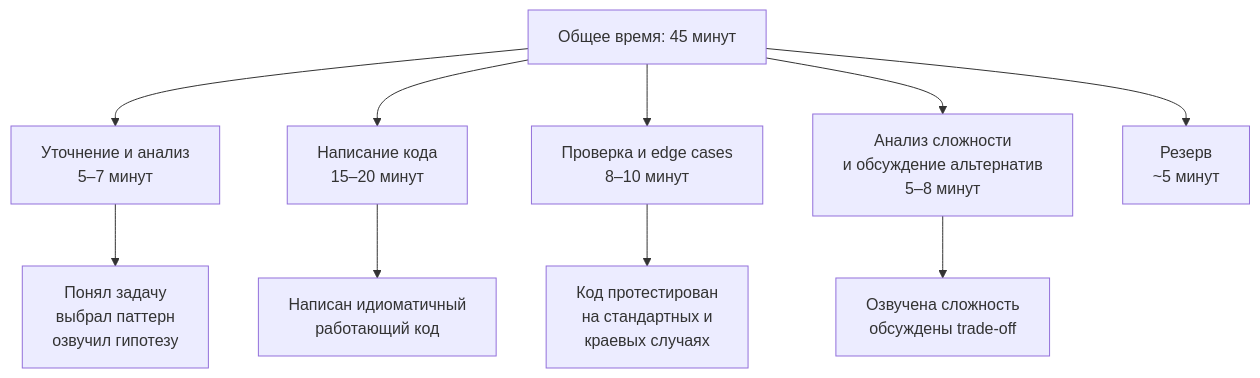
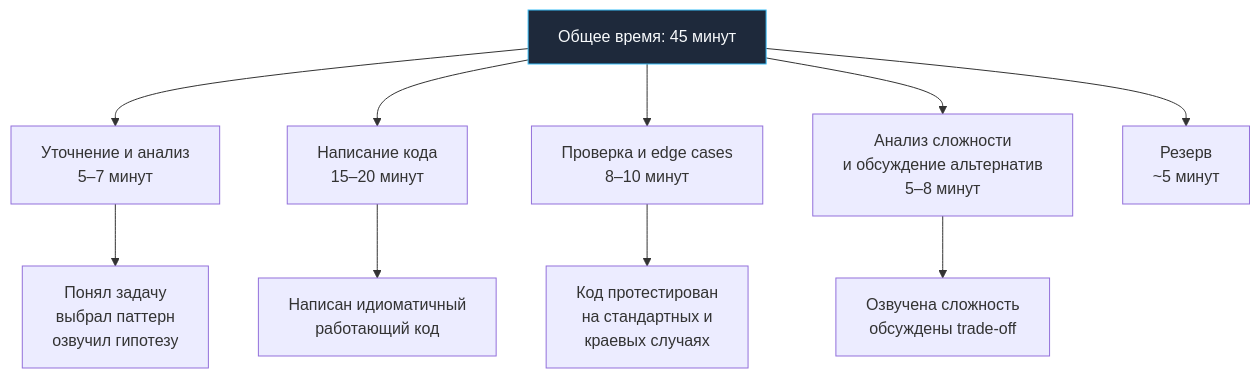
Before and after one commit to UnrealTemplier/go-textbook: the diagram in sources/21. Задачи с LeetCode и собеседований на Go/01. Теория/21. Тайминг решения задач.md, drawn with Mermaid. The commit also changed 1666 other files, not shown here.

First line of the commit message:
feat(mermaid): add semantic color classDef to 1369 colorless flowchart/graph diagrams

````diff
--- a/sources/21. Задачи с LeetCode и собеседований на Go/01. Теория/21. Тайминг решения задач.md
+++ b/sources/21. Задачи с LeetCode и собеседований на Go/01. Теория/21. Тайминг решения задач.md
@@ -20,13 +20,23 @@
 ```mermaid
 flowchart TD
-    Total["Общее время: 45 минут"] --> Phase1["Уточнение и анализ<br>5–7 минут"]
+    classDef process  fill:#1e293b,stroke:#38bdf8,stroke-width:1px,color:#f8fafc
+    classDef success  fill:#064e3b,stroke:#34d399,stroke-width:1px,color:#f8fafc
+    classDef error    fill:#7f1d1d,stroke:#f87171,stroke-width:1px,color:#f8fafc
+    classDef warning  fill:#78350f,stroke:#fbbf24,stroke-width:1px,color:#f8fafc
+    classDef entry    fill:#1e3a5f,stroke:#38bdf8,stroke-width:2px,color:#f8fafc
+    classDef aux      fill:#334155,stroke:#64748b,stroke-width:1px,color:#f8fafc
+    classDef system   fill:#312e81,stroke:#a78bfa,stroke-width:1px,color:#f8fafc
+    classDef data     fill:#132d29,stroke:#2dd4bf,stroke-width:1px,color:#f8fafc
+    classDef network  fill:#881337,stroke:#fb7185,stroke-width:1px,color:#f8fafc
+    classDef accent   fill:#1e1b4b,stroke:#818cf8,stroke-width:1px,color:#f8fafc
+    Total["Общее время: 45 минут"]:::process --> Phase1["Уточнение и анализ<br>5–7 минут"]
     Total --> Phase2["Написание кода<br>15–20 минут"]
     Total --> Phase3["Проверка и edge cases<br>8–10 минут"]
     Total --> Phase4["Анализ сложности<br>и обсуждение альтернатив<br>5–8 минут"]
     Total --> Reserve["Резерв<br>~5 минут"]
     
     Phase1 --> Goal1["Понял задачу<br>выбрал паттерн<br>озвучил гипотезу"]
     Phase2 --> Goal2["Написан идиоматичный<br>работающий код"]
     Phase3 --> Goal3["Код протестирован<br>на стандартных и<br>краевых случаях"]
     Phase4 --> Goal4["Озвучена сложность<br>обсуждены trade-off"]
 ```
````
